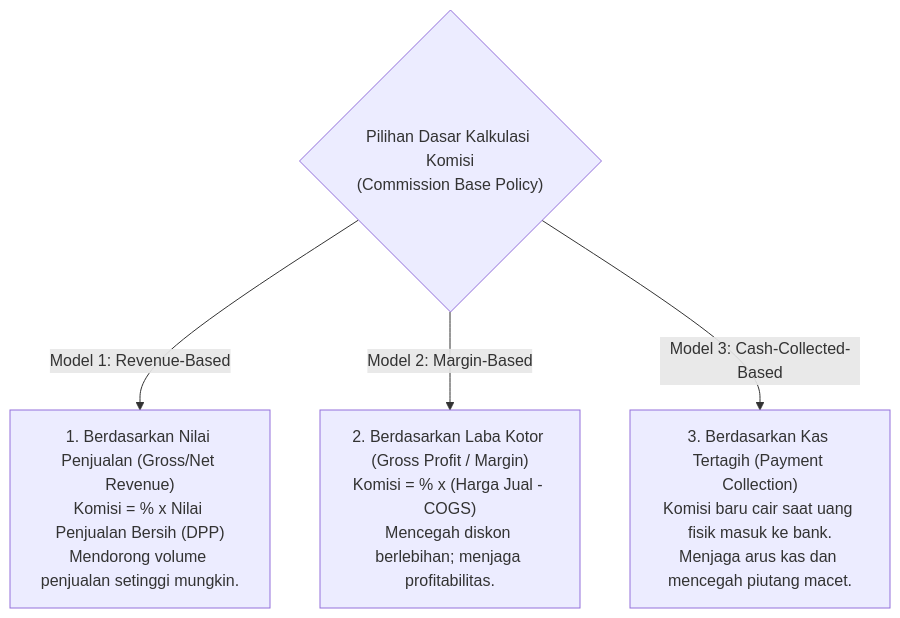
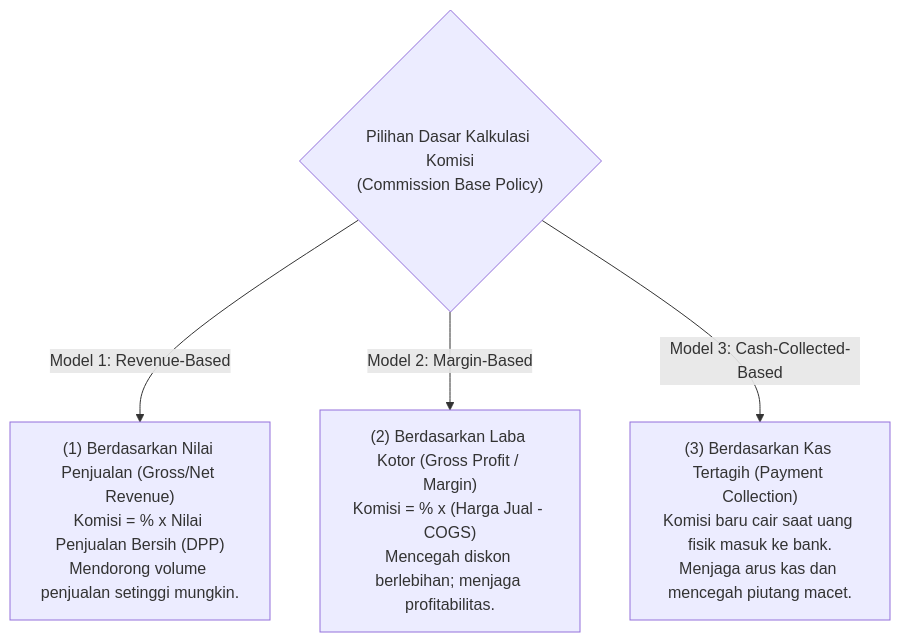
One commit to alimurrofid/erp-notes changed the first of 2 diagrams in content/03-sales/sales-commission.md. Above: the diagram before and after it, drawn with Mermaid. The commit also changed 132 other files, not shown here.

````diff
--- a/content/03-sales/sales-commission.md
+++ b/content/03-sales/sales-commission.md
@@ -28,10 +28,10 @@
 ```mermaid
 flowchart TD
     Base{"Pilihan Dasar Kalkulasi Komisi<br/>(Commission Base Policy)"}
     
-    Base -->|Model 1: Revenue-Based| M1["1. Berdasarkan Nilai Penjualan (Gross/Net Revenue)<br/>Komisi = % x Nilai Penjualan Bersih (DPP)<br/>Mendorong volume penjualan setinggi mungkin."]
+    Base -->|Model 1: Revenue-Based| M1["(1) Berdasarkan Nilai Penjualan (Gross/Net Revenue)<br/>Komisi = % x Nilai Penjualan Bersih (DPP)<br/>Mendorong volume penjualan setinggi mungkin."]
     
-    Base -->|Model 2: Margin-Based| M2["2. Berdasarkan Laba Kotor (Gross Profit / Margin)<br/>Komisi = % x (Harga Jual - COGS)<br/>Mencegah diskon berlebihan; menjaga profitabilitas."]
+    Base -->|Model 2: Margin-Based| M2["(2) Berdasarkan Laba Kotor (Gross Profit / Margin)<br/>Komisi = % x (Harga Jual - COGS)<br/>Mencegah diskon berlebihan; menjaga profitabilitas."]
     
-    Base -->|Model 3: Cash-Collected-Based| M3["3. Berdasarkan Kas Tertagih (Payment Collection)<br/>Komisi baru cair saat uang fisik masuk ke bank.<br/>Menjaga arus kas dan mencegah piutang macet."]
+    Base -->|Model 3: Cash-Collected-Based| M3["(3) Berdasarkan Kas Tertagih (Payment Collection)<br/>Komisi baru cair saat uang fisik masuk ke bank.<br/>Menjaga arus kas dan mencegah piutang macet."]
 ```
````
